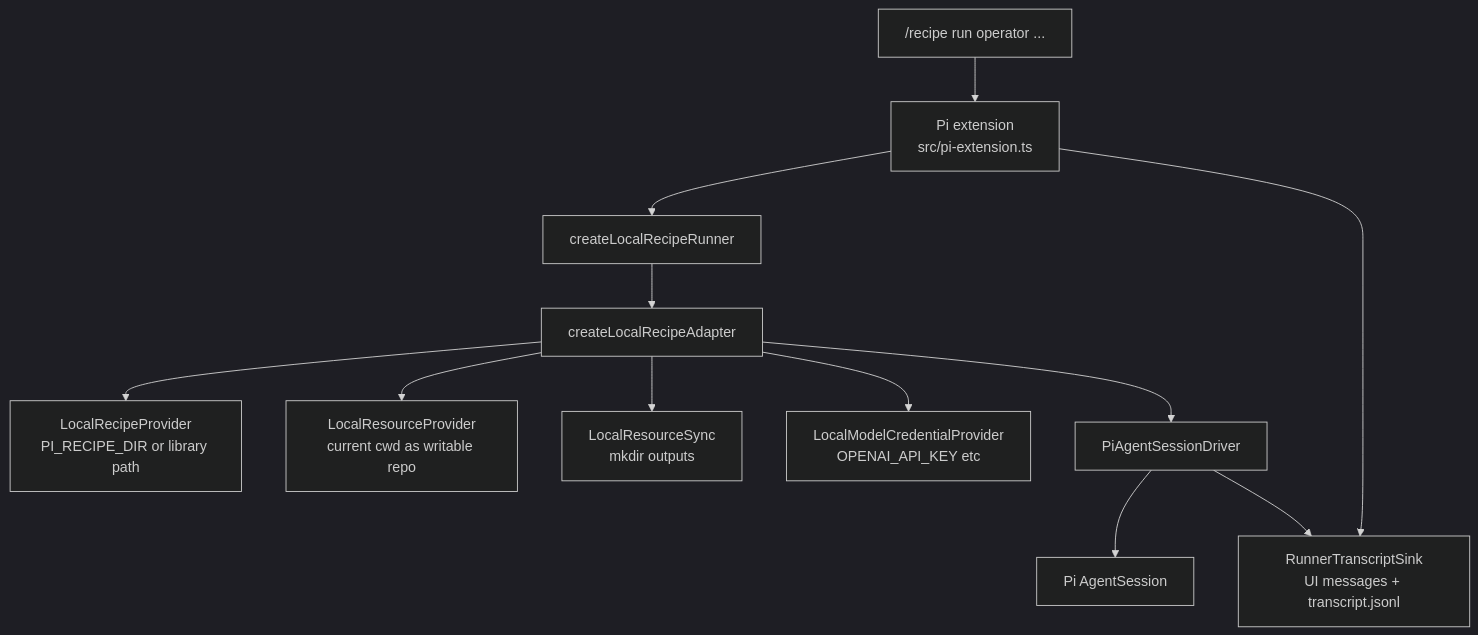
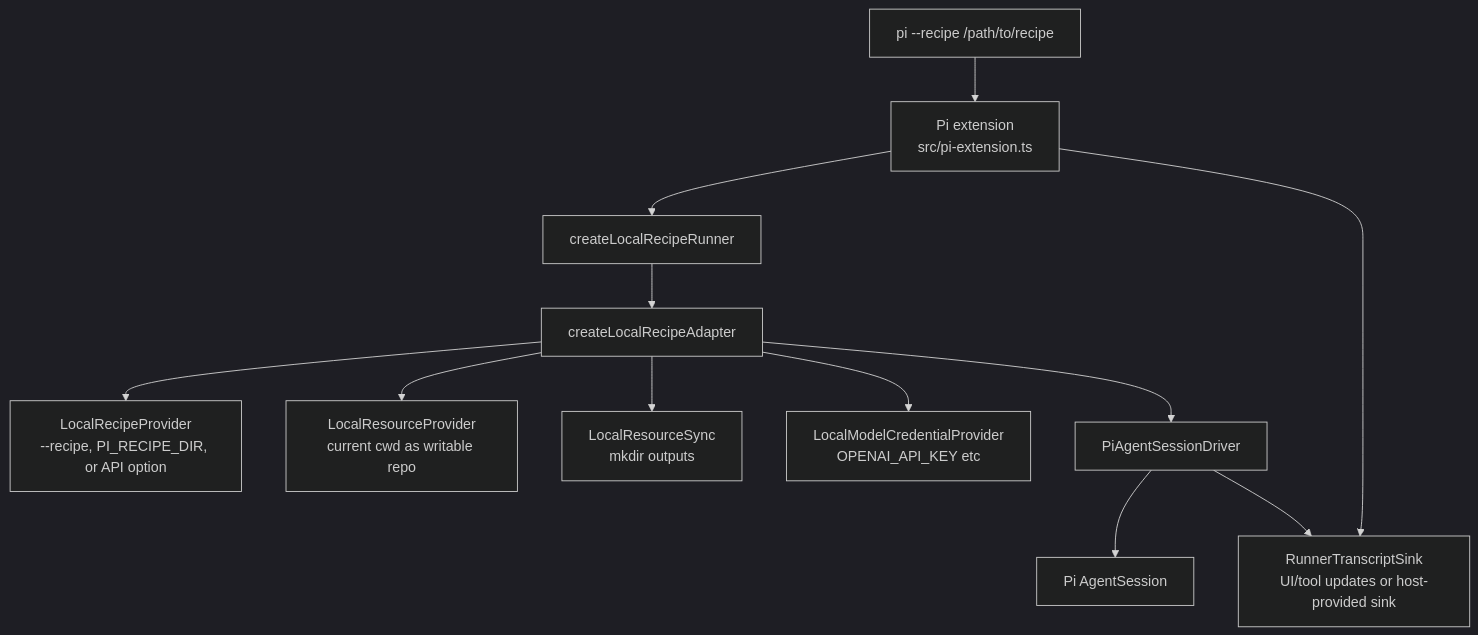
One commit to introspection-org/pi-recipes changed the fourth of 8 diagrams in docs/runtime-adapters.md. Above: the diagram before and after it, drawn with Mermaid (dark theme). The commit also changed other lines of this file and 1 other file, not shown here.

Commit message:
Update docs for current recipe runtime

````diff
--- a/docs/runtime-adapters.md
+++ b/docs/runtime-adapters.md
@@ -191,26 +191,26 @@
 ```mermaid
 flowchart TD
-  Command["/recipe run operator ..."]
+  Launch["pi --recipe /path/to/recipe"]
   Extension["Pi extension<br>src/pi-extension.ts"]
   LocalRunner["createLocalRecipeRunner"]
   LocalAdapter["createLocalRecipeAdapter"]
-  RecipeProvider["LocalRecipeProvider<br>PI_RECIPE_DIR or library path"]
+  RecipeProvider["LocalRecipeProvider<br>--recipe, PI_RECIPE_DIR, or API option"]
   ResourceProvider["LocalResourceProvider<br>current cwd as writable repo"]
   ResourceSync["LocalResourceSync<br>mkdir outputs"]
   Credentials["LocalModelCredentialProvider<br>OPENAI_API_KEY etc"]
   Session["PiAgentSessionDriver"]
   Pi["Pi AgentSession"]
-  Transcript["RunnerTranscriptSink<br>UI messages + transcript.jsonl"]
+  Transcript["RunnerTranscriptSink<br>UI/tool updates or host-provided sink"]
 
-  Command --> Extension
+  Launch --> Extension
   Extension --> LocalRunner
   LocalRunner --> LocalAdapter
   LocalAdapter --> RecipeProvider
   LocalAdapter --> ResourceProvider
   LocalAdapter --> ResourceSync
   LocalAdapter --> Credentials
   LocalAdapter --> Session
   Session --> Pi
   Session --> Transcript
   Extension --> Transcript
 ```
````
